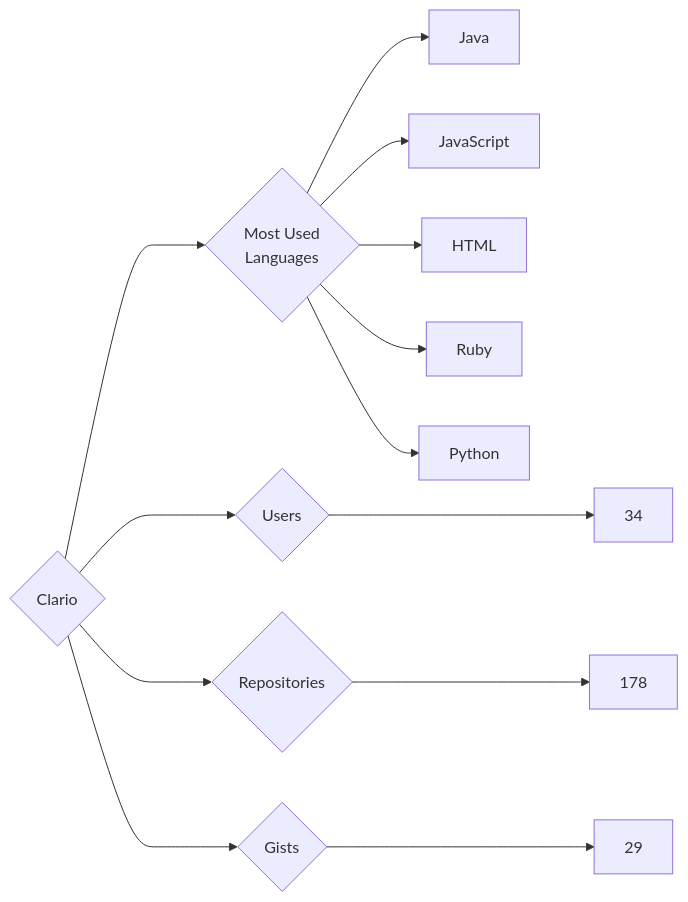
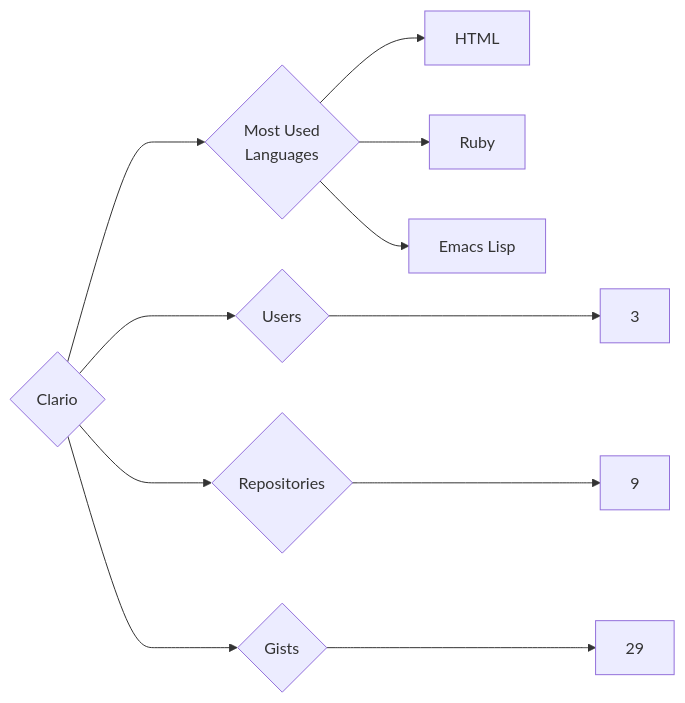
One commit to trickest/insiders changed the diagram in targets/Clario/README.md. Above: the diagram before and after it, drawn with Mermaid. The commit also changed 914 other files, not shown here.

````diff
--- a/targets/Clario/README.md
+++ b/targets/Clario/README.md
@@ -3,13 +3,11 @@
 ```mermaid
 graph LR
 COMPANY_NAME{Clario}
-COMPANY_NAME ---> U{Users} ---> UN[34]
-COMPANY_NAME ---> R{Repositories} ---> RN[178]
+COMPANY_NAME ---> U{Users} ---> UN[3]
+COMPANY_NAME ---> R{Repositories} ---> RN[9]
 COMPANY_NAME ---> G{Gists} ---> GN[29]
 COMPANY_NAME ---> ML{Most Used<br>Languages}
-ML --> Java[Java]
-ML --> JavaScript[JavaScript]
 ML --> HTML[HTML]
 ML --> Ruby[Ruby]
-ML --> Python[Python]
+ML --> Emacs_Lisp[Emacs Lisp]
 ```
````
